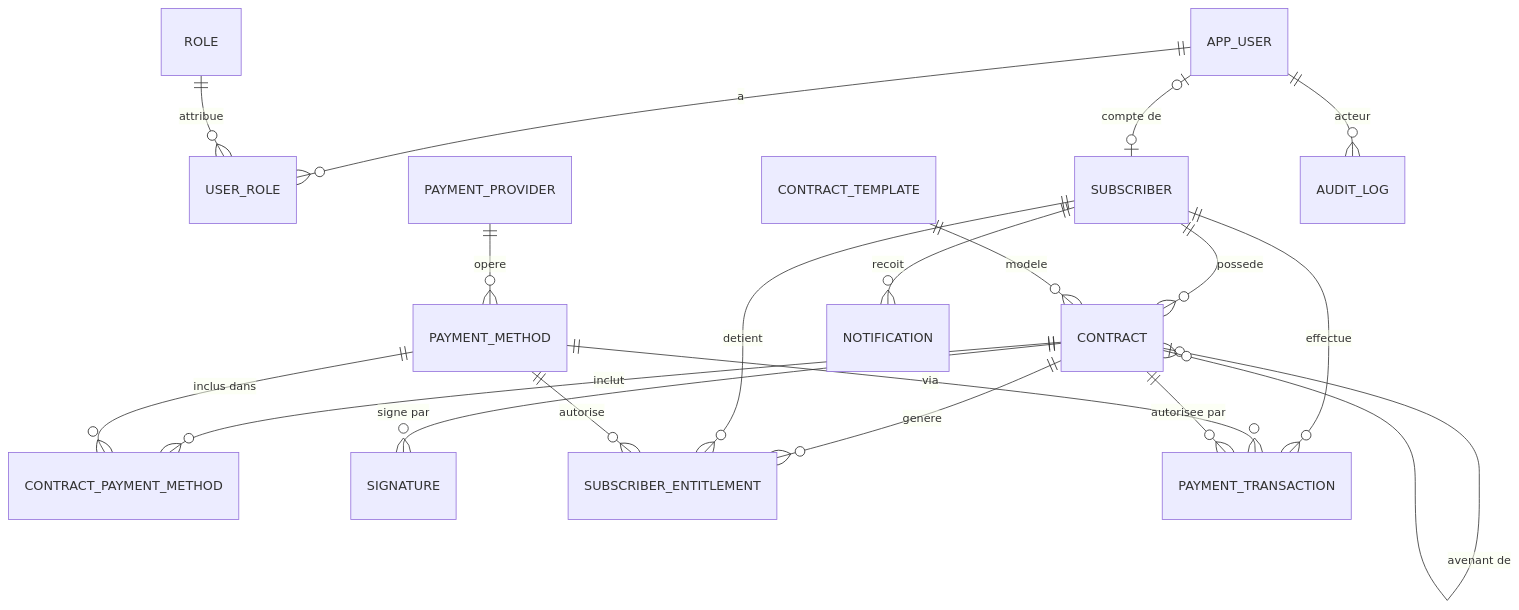
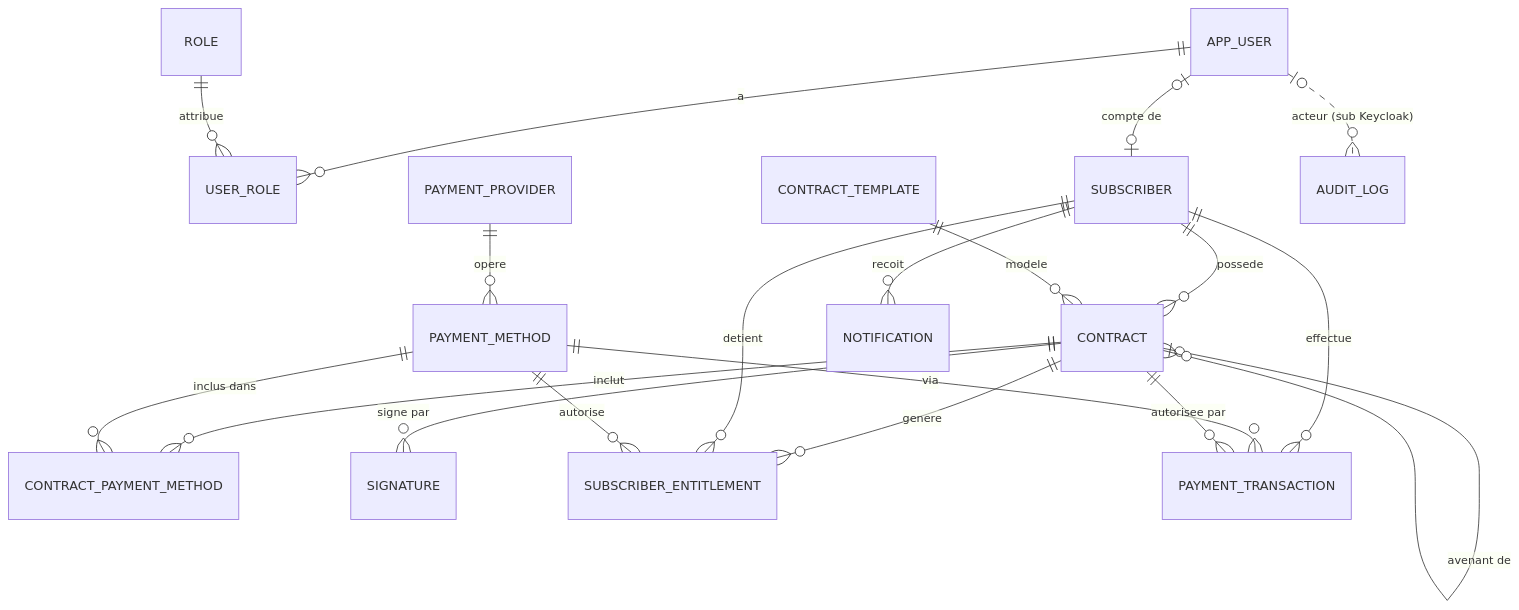
Before and after one commit to maminelalle/e-payment-portal: the diagram in docs/02-modele-donnees.md, drawn with Mermaid. The commit also changed other lines of this file and 48 other files, not shown here.

````diff
--- a/docs/02-modele-donnees.md
+++ b/docs/02-modele-donnees.md
@@ -17,21 +17,21 @@
 ```mermaid
 erDiagram
     APP_USER ||--o{ USER_ROLE : a
     ROLE ||--o{ USER_ROLE : attribue
     APP_USER |o--o| SUBSCRIBER : "compte de"
     SUBSCRIBER ||--o{ CONTRACT : possede
     CONTRACT_TEMPLATE ||--o{ CONTRACT : modele
     CONTRACT |o--o{ CONTRACT : "avenant de"
     CONTRACT ||--o{ CONTRACT_PAYMENT_METHOD : inclut
     PAYMENT_METHOD ||--o{ CONTRACT_PAYMENT_METHOD : "inclus dans"
     PAYMENT_PROVIDER ||--o{ PAYMENT_METHOD : opere
     CONTRACT ||--o{ SIGNATURE : "signe par"
     CONTRACT ||--o{ SUBSCRIBER_ENTITLEMENT : genere
     SUBSCRIBER ||--o{ SUBSCRIBER_ENTITLEMENT : detient
     PAYMENT_METHOD ||--o{ SUBSCRIBER_ENTITLEMENT : autorise
     SUBSCRIBER ||--o{ PAYMENT_TRANSACTION : effectue
     PAYMENT_METHOD ||--o{ PAYMENT_TRANSACTION : via
     CONTRACT ||--o{ PAYMENT_TRANSACTION : "autorisee par"
     SUBSCRIBER ||--o{ NOTIFICATION : recoit
-    APP_USER ||--o{ AUDIT_LOG : acteur
+    APP_USER |o..o{ AUDIT_LOG : "acteur (sub Keycloak)"
 ```
````
